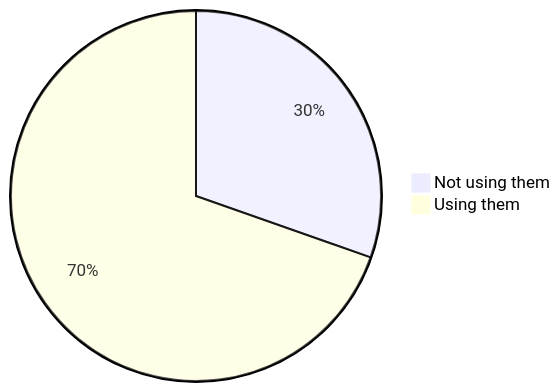
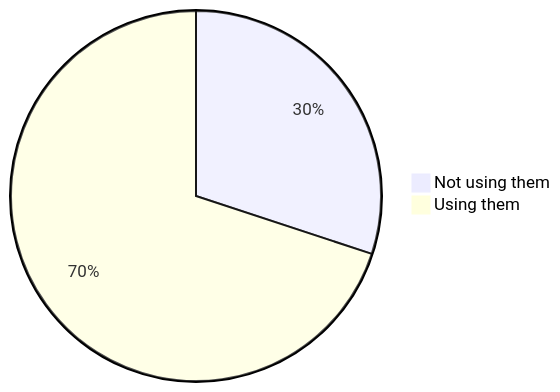
One commit to oshp/oshp-stats changed the first of 22 diagrams in stats.md. Above: the diagram before and after it, drawn with Mermaid. The commit also changed other lines of this file, not shown here.

````diff
--- a/stats.md
+++ b/stats.md
@@ -10,6 +10,6 @@
 ```mermaid
 pie
-	"Not using them" : 30.38
-	"Using them" : 69.62
+	"Not using them" : 30.06
+	"Using them" : 69.94
 
 ```
````
